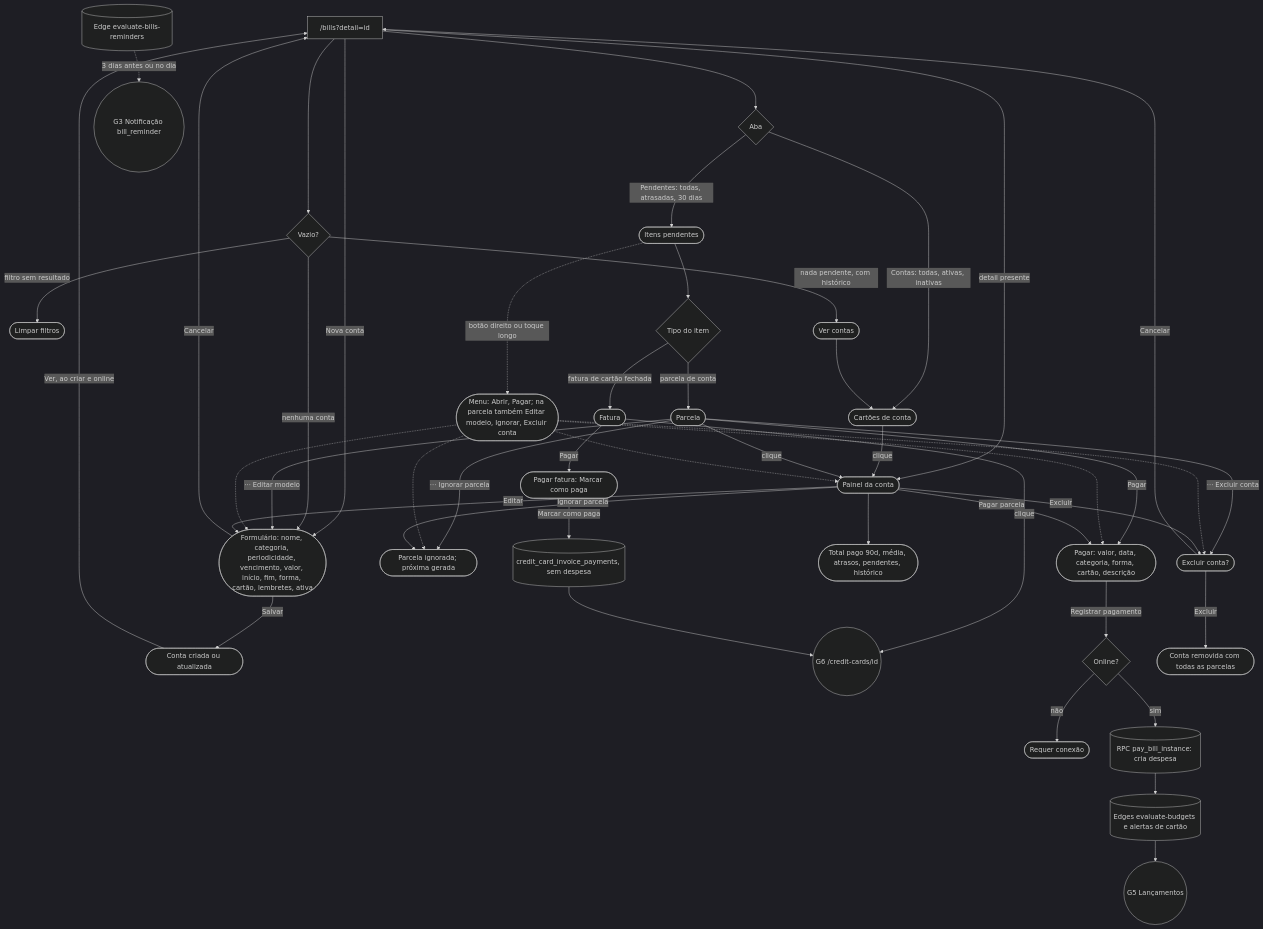
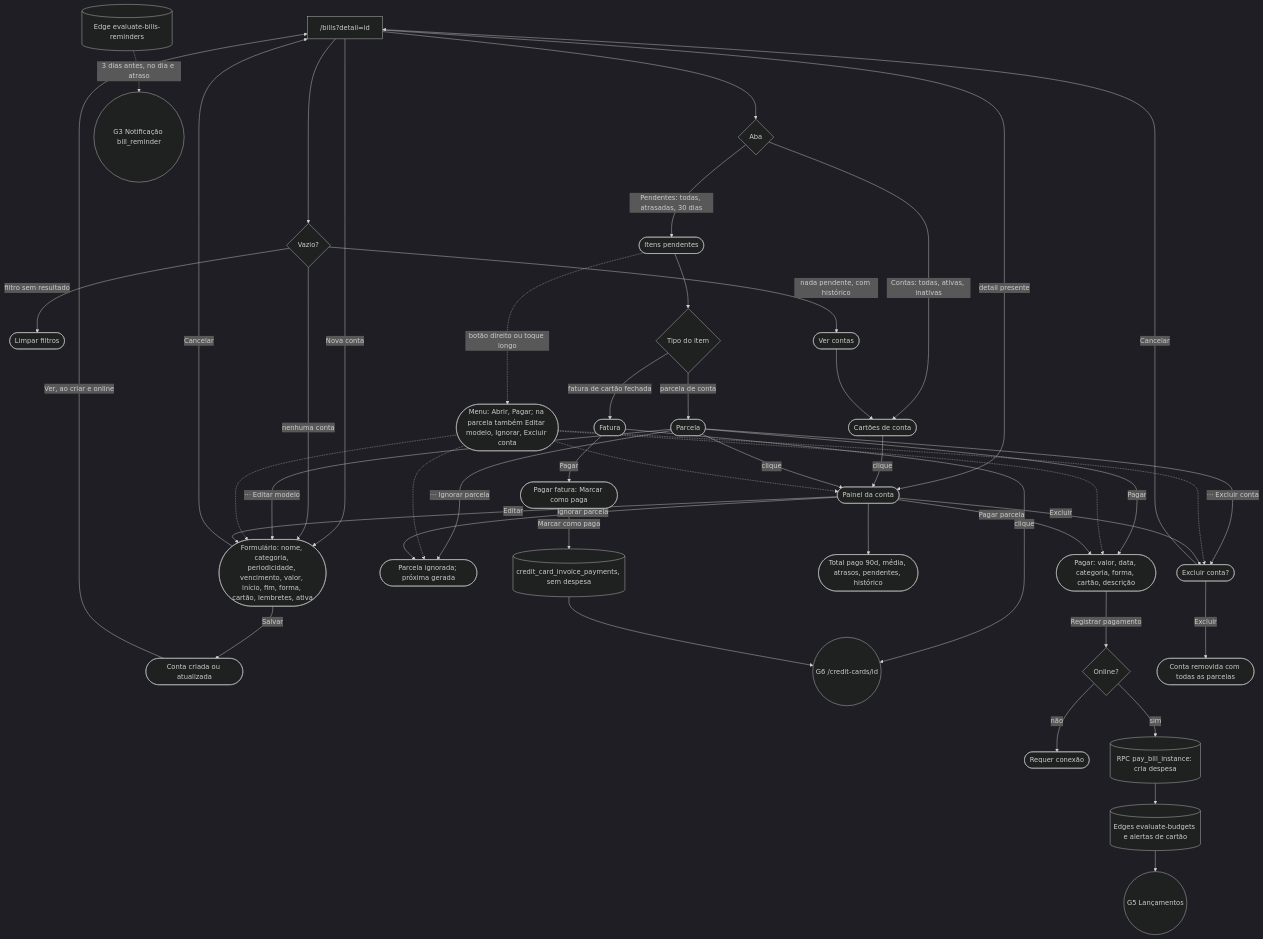
Before and after one commit to kauax2000/finance_app: diagram 11 of 14 in docs/JORNADAS.md, drawn with Mermaid. The commit also changed other lines of this file and 2 other files, not shown here.

````diff
--- a/docs/JORNADAS.md
+++ b/docs/JORNADAS.md
@@ -617,53 +628,53 @@
 ```mermaid
 %%{init: {"theme": "dark"}}%%
 flowchart TD
     bills["/bills?detail=id"] -->|"detail presente"| sheet(["Painel da conta"])
     bills --> tabs{"Aba"}
     tabs -->|"Contas: todas, ativas, inativas"| summary(["Cartões de conta"])
     tabs -->|"Pendentes: todas, atrasadas, 30 dias"| pending(["Itens pendentes"])
     bills -->|"Nova conta"| form(["Formulário: nome, categoria, periodicidade, vencimento, valor, início, fim, forma, cartão, lembretes, ativa"])
     form -->|"Salvar"| saved(["Conta criada ou atualizada"])
     saved -->|"Ver, ao criar e online"| bills
     form -->|"Cancelar"| bills
 
     bills --> empty{"Vazio?"}
     empty -->|"nenhuma conta"| form
     empty -->|"filtro sem resultado"| clear(["Limpar filtros"])
     empty -->|"nada pendente, com histórico"| goContas(["Ver contas"]) --> summary
 
     summary -->|"clique"| sheet
     pending --> kind{"Tipo do item"}
     kind -->|"parcela de conta"| regular(["Parcela"])
     kind -->|"fatura de cartão fechada"| virtual(["Fatura"])
 
     regular -->|"clique"| sheet
     regular -->|"Pagar"| payRegular(["Pagar: valor, data, categoria, forma, cartão, descrição"])
     regular -->|"⋯ Editar modelo"| form
     regular -->|"⋯ Ignorar parcela"| skip(["Parcela ignorada; próxima gerada"])
     regular -->|"⋯ Excluir conta"| del(["Excluir conta?"])
 
     virtual -->|"clique"| G6(("G6 /credit-cards/id"))
     virtual -->|"Pagar"| payVirtual(["Pagar fatura: Marcar como paga"])
     pending -.->|"botão direito ou toque longo"| billMenu(["Menu: Abrir, Pagar; na parcela também Editar modelo, Ignorar, Excluir conta"])
     billMenu -.-> sheet
     billMenu -.-> payRegular
     billMenu -.-> form
     billMenu -.-> skip
     billMenu -.-> del
 
     sheet -->|"Pagar parcela"| payRegular
     sheet -->|"Editar"| form
     sheet -->|"Excluir"| del
     sheet -->|"Ignorar parcela"| skip
     sheet --> stats(["Total pago 90d, média, atrasos, pendentes, histórico"])
 
     payRegular -->|"Registrar pagamento"| online{"Online?"}
     online -->|"não"| needNet(["Requer conexão"])
     online -->|"sim"| payRpc[("RPC pay_bill_instance: cria despesa")]
     payRpc --> alerts[("Edges evaluate-budgets e alertas de cartão")] --> G5(("G5 Lançamentos"))
     payVirtual -->|"Marcar como paga"| invPay[("credit_card_invoice_payments, sem despesa")] --> G6
     del -->|"Excluir"| removed(["Conta removida com todas as parcelas"])
     del -->|"Cancelar"| bills
 
-    reminders[("Edge evaluate-bills-reminders")] -.->|"3 dias antes ou no dia"| notif(("G3 Notificação bill_reminder"))
+    reminders[("Edge evaluate-bills-reminders")] -.->|"3 dias antes, no dia e atraso"| notif(("G3 Notificação bill_reminder"))
 ```
````
